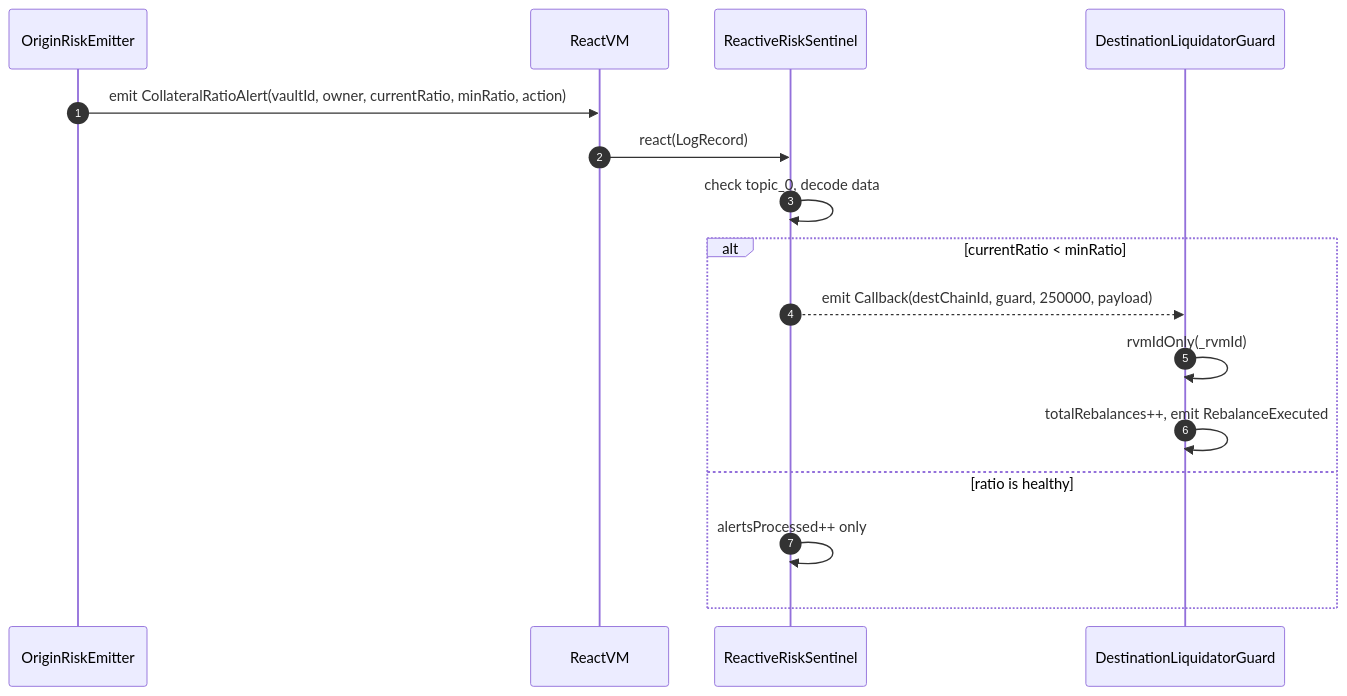
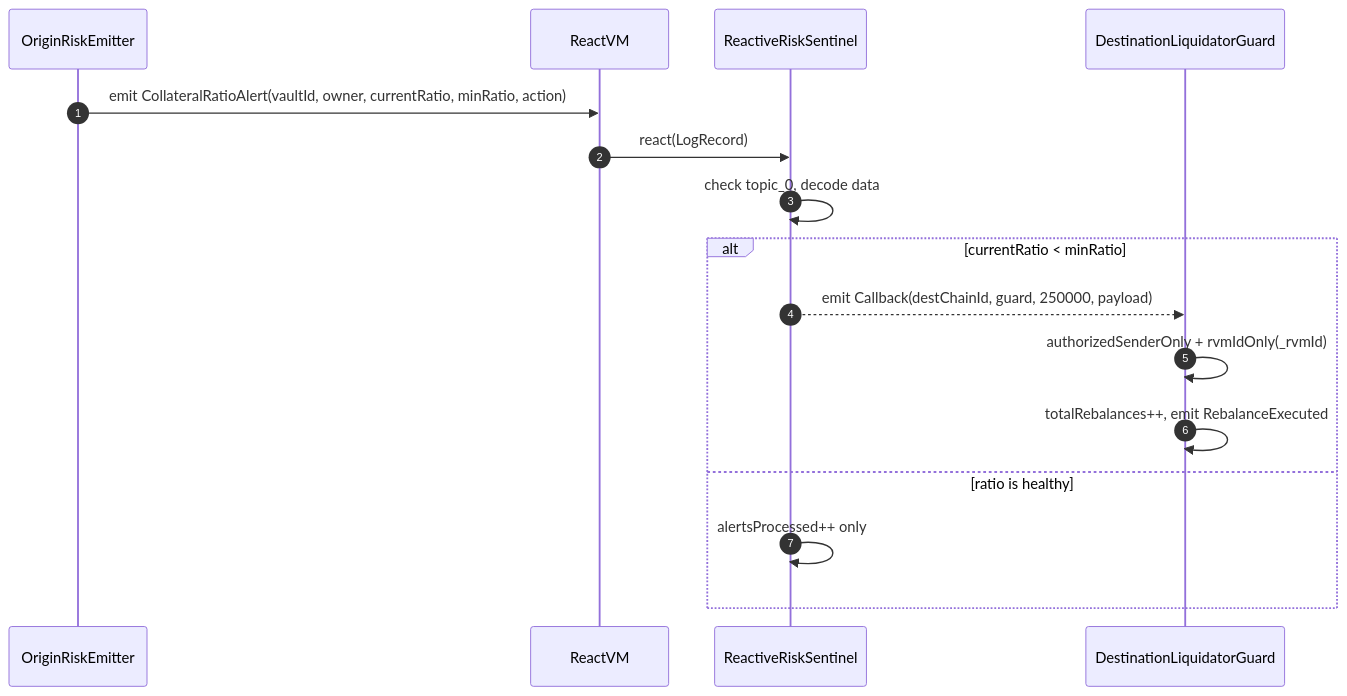
Before and after one commit to manderson240/reactive-omni-agent: the second of 2 diagrams in README.md, drawn with Mermaid. The commit also changed other lines of this file and 4 other files, not shown here.

````diff
--- a/README.md
+++ b/README.md
@@ -141,19 +141,19 @@
 ```mermaid
 sequenceDiagram
     autonumber
     participant Origin as OriginRiskEmitter
     participant RVM as ReactVM
     participant Sentinel as ReactiveRiskSentinel
     participant Dest as DestinationLiquidatorGuard
 
     Origin->>RVM: emit CollateralRatioAlert(vaultId, owner, currentRatio, minRatio, action)
     RVM->>Sentinel: react(LogRecord)
     Sentinel->>Sentinel: check topic_0, decode data
     alt currentRatio < minRatio
         Sentinel-->>Dest: emit Callback(destChainId, guard, 250000, payload)
-        Dest->>Dest: rvmIdOnly(_rvmId)
+        Dest->>Dest: authorizedSenderOnly + rvmIdOnly(_rvmId)
         Dest->>Dest: totalRebalances++, emit RebalanceExecuted
     else ratio is healthy
         Sentinel->>Sentinel: alertsProcessed++ only
     end
 ```
````
